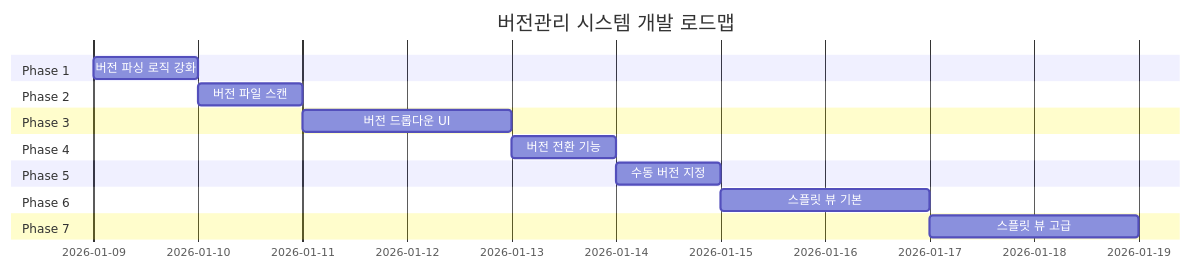
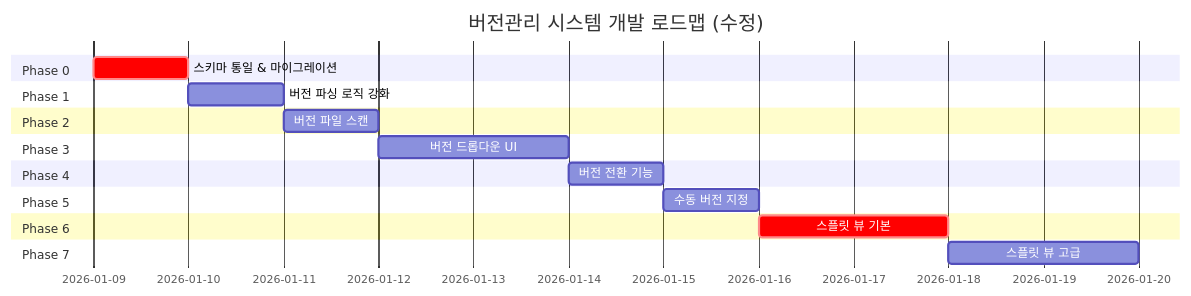
The fifth of 12 diagrams in DEVLOG/버전관리시스템-개발.md (baehandoridori/BAEFRAME), drawn with Mermaid before and after one commit. The commit also changed other lines of this file, not shown here.

First line of the commit message:
docs: 버전관리 시스템 개발 계획 문서 보강

````diff
--- a/DEVLOG/버전관리시스템-개발.md
+++ b/DEVLOG/버전관리시스템-개발.md
@@ -55,26 +254,29 @@
 ```mermaid
 gantt
-    title 버전관리 시스템 개발 로드맵
+    title 버전관리 시스템 개발 로드맵 (수정)
     dateFormat  YYYY-MM-DD
 
+    section Phase 0
+    스키마 통일 & 마이그레이션   :crit, p0, 2026-01-09, 1d
+
     section Phase 1
-    버전 파싱 로직 강화     :p1, 2026-01-09, 1d
+    버전 파싱 로직 강화          :p1, after p0, 1d
 
     section Phase 2
-    버전 파일 스캔         :p2, after p1, 1d
+    버전 파일 스캔              :p2, after p1, 1d
 
     section Phase 3
-    버전 드롭다운 UI       :p3, after p2, 2d
+    버전 드롭다운 UI            :p3, after p2, 2d
 
     section Phase 4
-    버전 전환 기능         :p4, after p3, 1d
+    버전 전환 기능              :p4, after p3, 1d
 
     section Phase 5
-    수동 버전 지정         :p5, after p4, 1d
+    수동 버전 지정              :p5, after p4, 1d
 
     section Phase 6
-    스플릿 뷰 기본         :p6, after p5, 2d
+    스플릿 뷰 기본              :crit, p6, after p5, 2d
 
     section Phase 7
-    스플릿 뷰 고급         :p7, after p6, 2d
+    스플릿 뷰 고급              :p7, after p6, 2d
 ```
````
